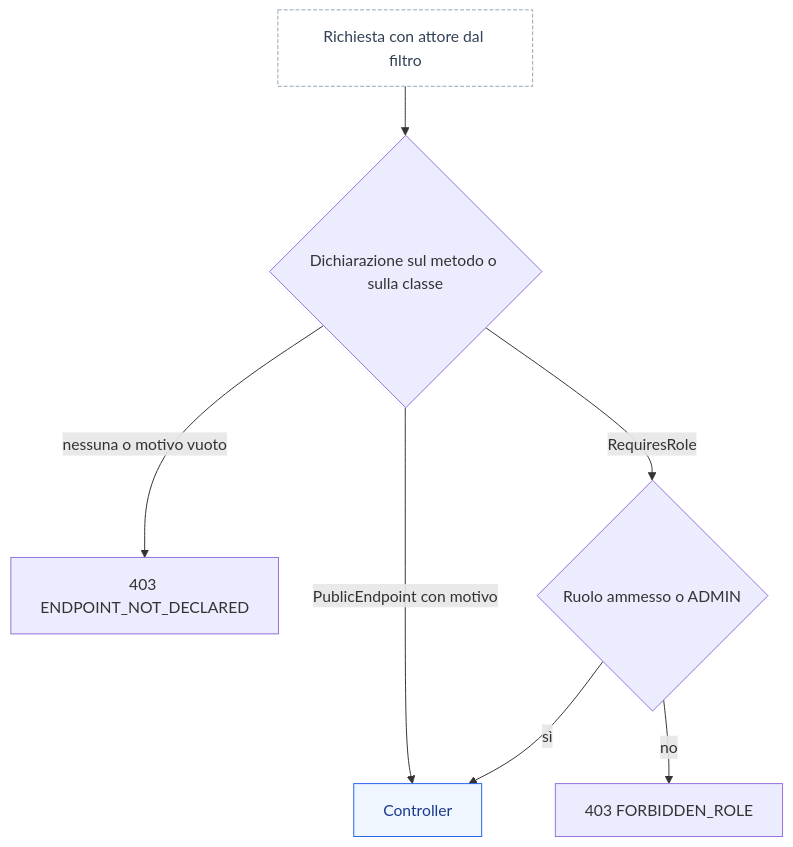
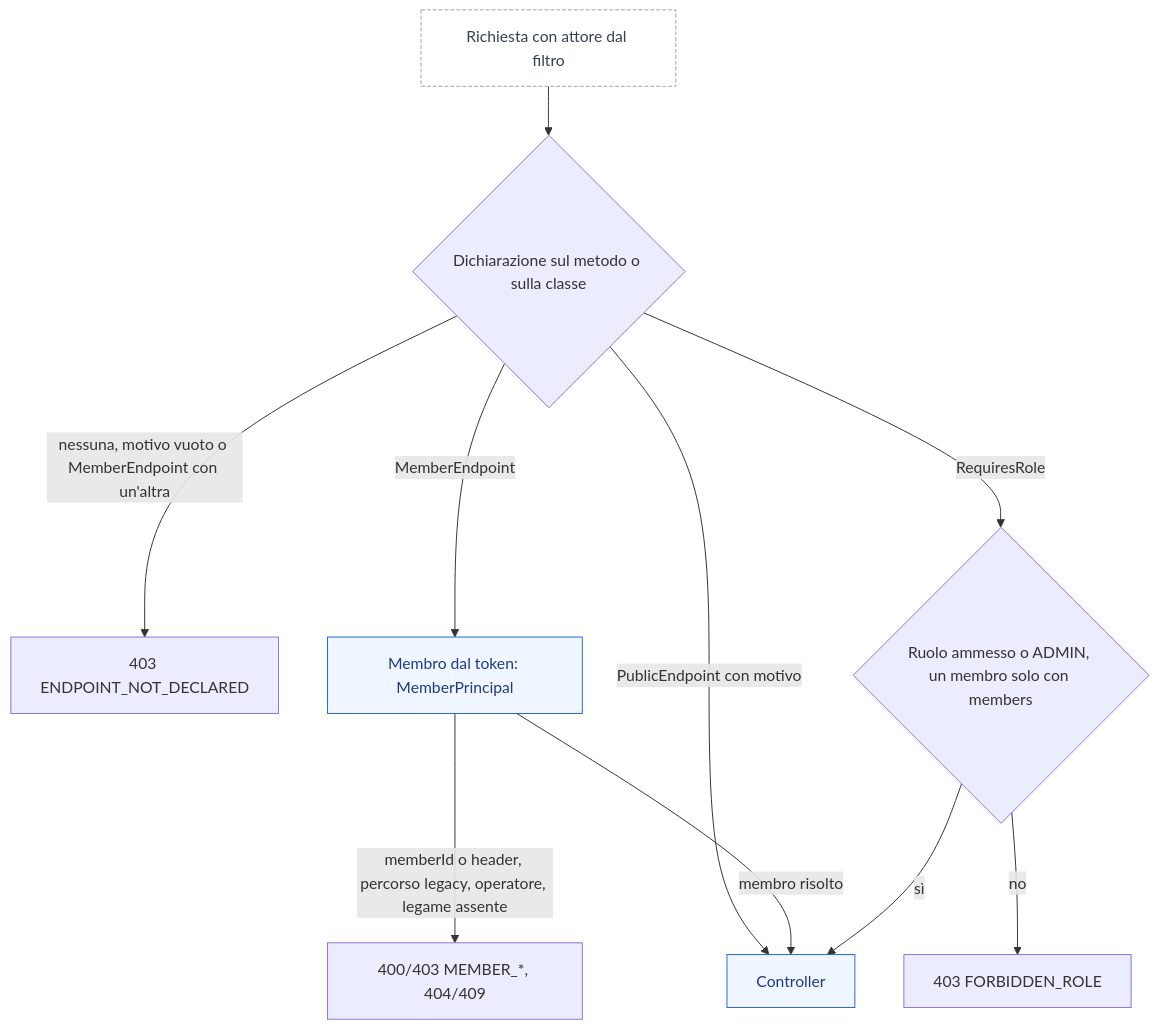
One commit to peppe-ruv/Loyalty_Sys changed the second of 3 diagrams in docs/06-CONVENZIONI-BACKEND.md. Above: the diagram before and after it, drawn with Mermaid. The commit also changed other lines of this file and 6 other files, not shown here.

First line of the commit message:
docs(decisioni): membro dal token, MemberPrincipal e API del portale [F2-SEC-09, F2-IAM-03, ADR-048, Q-410, Q-493, Q-157, Q-550…Q-559] (#138)

````diff
--- a/docs/06-CONVENZIONI-BACKEND.md
+++ b/docs/06-CONVENZIONI-BACKEND.md
@@ -130,15 +139,18 @@
 ```mermaid
 flowchart TD
   accTitle: Deny by default sugli endpoint
-  accDescr: Per ogni richiesta a un controller del prodotto l'interceptor cerca la dichiarazione di accesso sul metodo e poi sulla classe; senza dichiarazione o con un motivo vuoto risponde 403 ENDPOINT_NOT_DECLARED; con RequiresRole controlla il ruolo dell'attore; con PublicEndpoint lascia passare.
+  accDescr: Per ogni richiesta a un controller del prodotto l'interceptor cerca la dichiarazione di accesso sul metodo e poi sulla classe; senza dichiarazione, con un motivo vuoto o con MemberEndpoint combinato con un'altra dichiarazione sullo stesso elemento risponde 403 ENDPOINT_NOT_DECLARED; con MemberEndpoint risolve il membro dal token e passa un MemberPrincipal al controller, oppure risponde 400 o 403 MEMBER_* o 404 o 409 se il membro non si può risolvere (id da parametri o header, percorso legacy, operatore, legame assente); con RequiresRole controlla il ruolo dell'attore, e un token di solo membro passa solo se l'elenco ammette i membri; con PublicEndpoint lascia passare.
   REQ[Richiesta con attore dal filtro] --> DECL{Dichiarazione sul metodo o sulla classe}
-  DECL -->|nessuna o motivo vuoto| DENY[403 ENDPOINT_NOT_DECLARED]
-  DECL -->|RequiresRole| ROLE{Ruolo ammesso o ADMIN}
+  DECL -->|nessuna, motivo vuoto o MemberEndpoint con un'altra| DENY[403 ENDPOINT_NOT_DECLARED]
+  DECL -->|MemberEndpoint| MBR[Membro dal token: MemberPrincipal]
+  MBR -->|memberId o header, percorso legacy, operatore, legame assente| MERR["400/403 MEMBER_*, 404/409"]
+  DECL -->|RequiresRole| ROLE{Ruolo ammesso o ADMIN, un membro solo con members}
   DECL -->|PublicEndpoint con motivo| CTRL[Controller]
+  MBR -->|membro risolto| CTRL
   ROLE -->|sì| CTRL
   ROLE -->|no| FORB[403 FORBIDDEN_ROLE]
   classDef svc fill:#EFF6FF,stroke:#2563EB,color:#1E3A8A
   classDef ext fill:#FFFFFF,stroke:#94A3B8,stroke-dasharray:4 2,color:#334155
-  class CTRL svc
+  class CTRL,MBR svc
   class REQ ext
 ```
````
